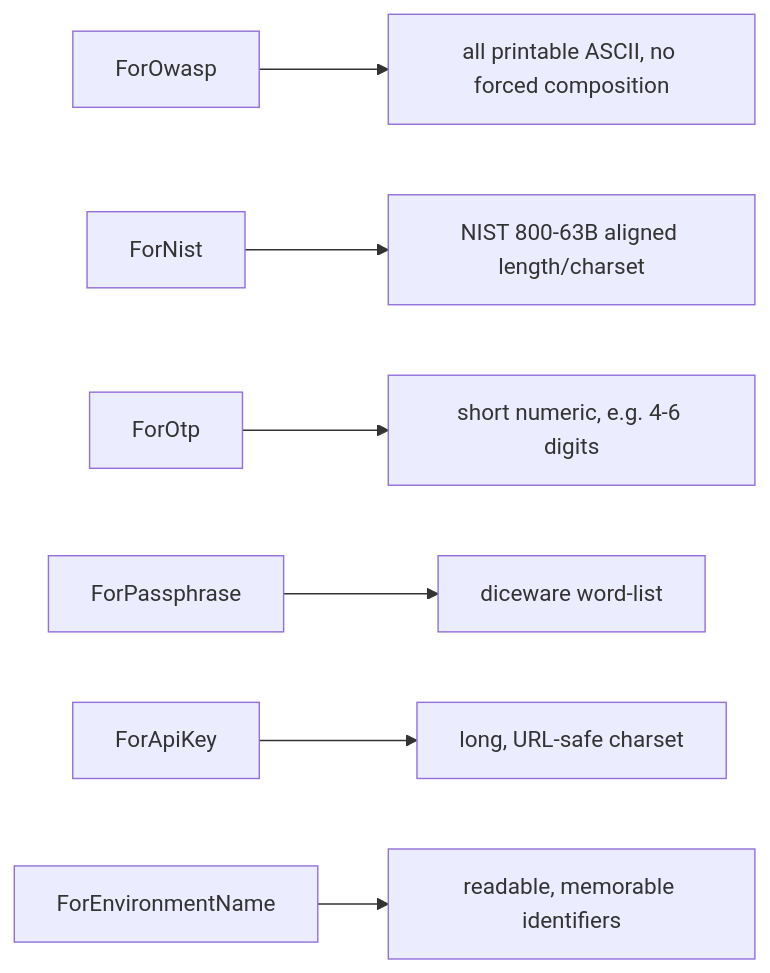
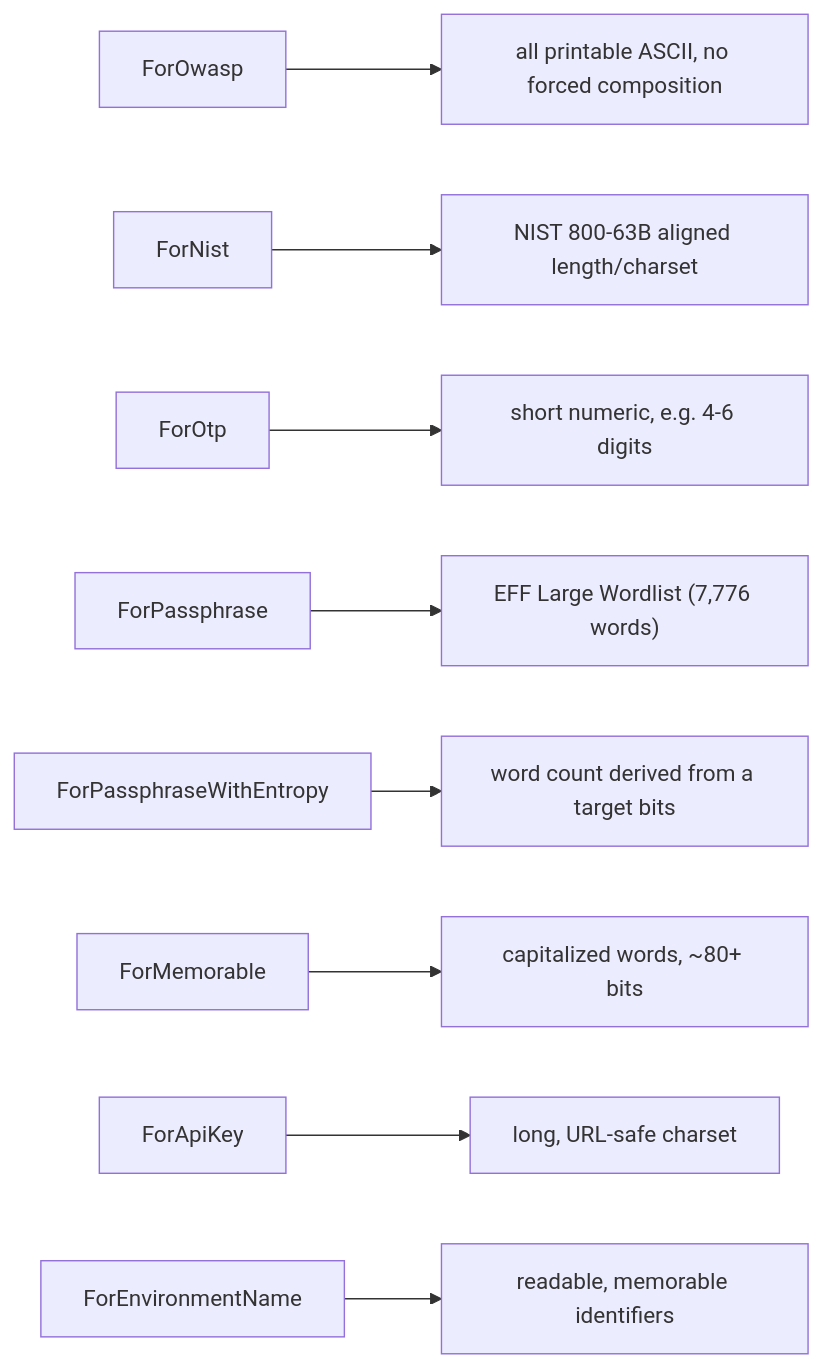
One commit to prjseal/PasswordGenerator changed the third of 4 diagrams in docs/api-surface.md. Above: the diagram before and after it, drawn with Mermaid. The commit also changed other lines of this file and 2 other files, not shown here.

First line of the commit message:
Add deterministic passphrase tests and update design docs

````diff
--- a/docs/api-surface.md
+++ b/docs/api-surface.md
@@ -56,9 +57,11 @@
 ```mermaid
 flowchart LR
     ForOwasp --> O["all printable ASCII, no forced composition"]
     ForNist --> Nn["NIST 800-63B aligned length/charset"]
     ForOtp --> Ot["short numeric, e.g. 4-6 digits"]
-    ForPassphrase --> Pp["diceware word-list"]
+    ForPassphrase --> Pp["EFF Large Wordlist (7,776 words)"]
+    ForPassphraseWithEntropy --> Pe["word count derived from a target bits"]
+    ForMemorable --> Pm["capitalized words, ~80+ bits"]
     ForApiKey --> Ak["long, URL-safe charset"]
     ForEnvironmentName --> En["readable, memorable identifiers"]
 ```
````
